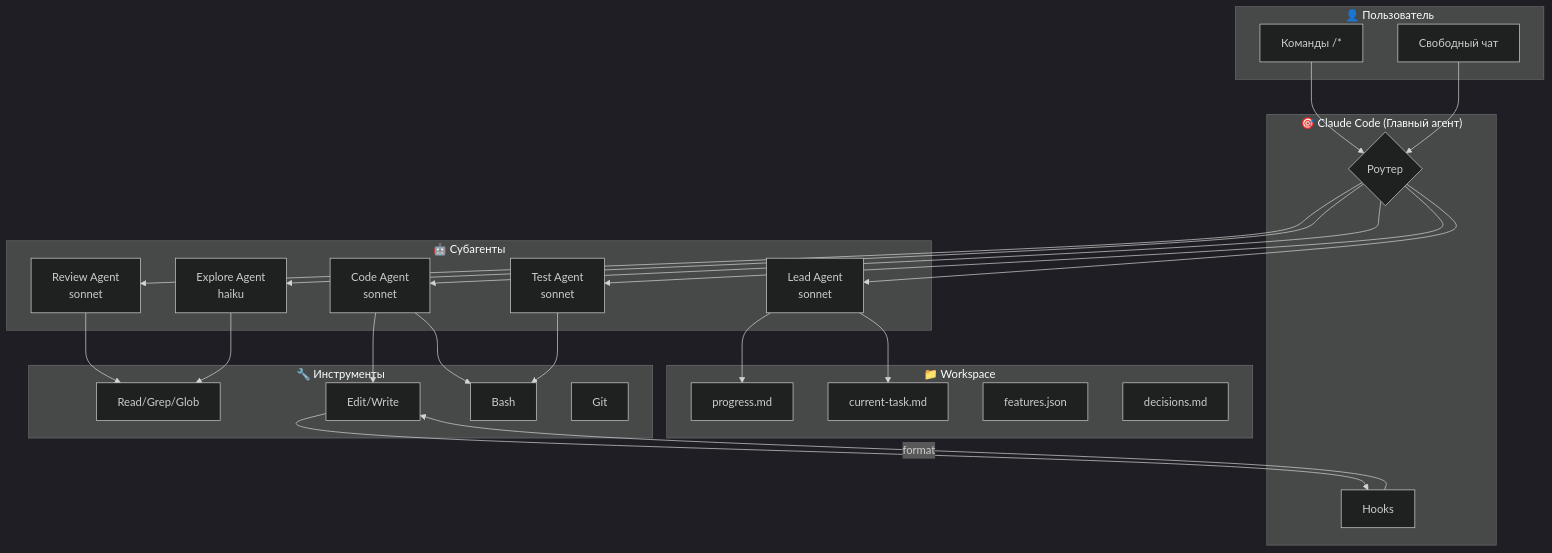
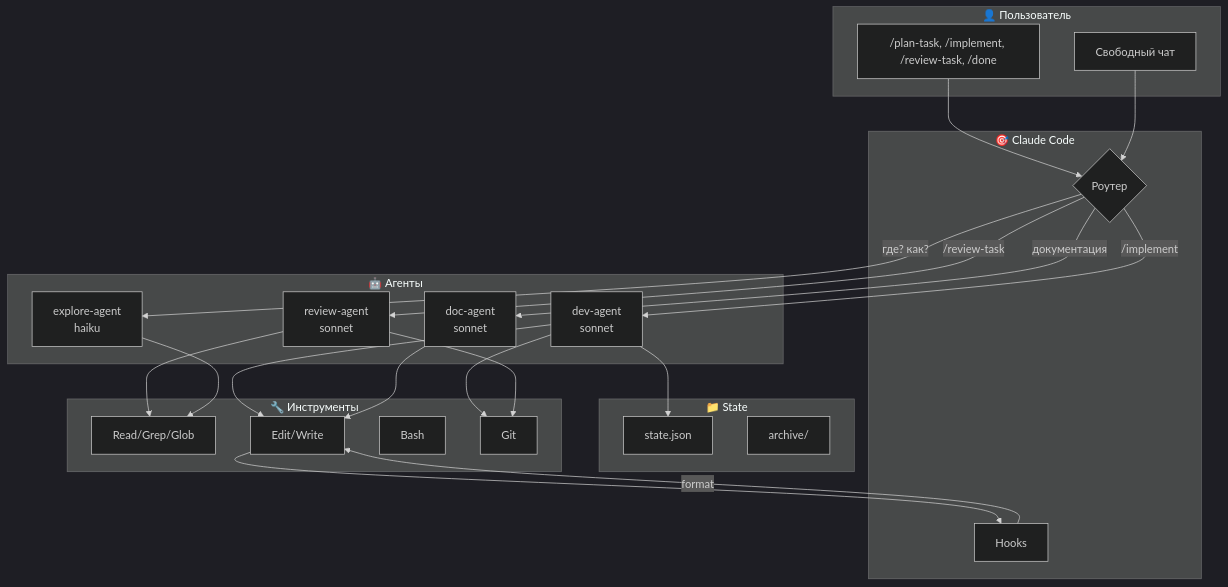
Before and after one commit to nikitaCodeSave/Claude-Code-Kit: the first of 9 diagrams in SCENARIOS.md, drawn with Mermaid (dark theme). The commit also changed other lines of this file and 32 other files, not shown here.

````diff
--- a/SCENARIOS.md
+++ b/SCENARIOS.md
@@ -9,54 +9,50 @@
 ```mermaid
 flowchart TB
     subgraph User["👤 Пользователь"]
-        CMD[Команды /*]
-        CHAT[Свободный чат]
+        CMD["/plan-task, /implement, /review-task, /done"]
+        CHAT["Свободный чат"]
     end
 
-    subgraph Orchestrator["🎯 Claude Code (Главный агент)"]
+    subgraph Orchestrator["🎯 Claude Code"]
         ROUTER{Роутер}
-        HOOKS[Hooks]
+        HOOKS["Hooks"]
     end
 
-    subgraph Agents["🤖 Субагенты"]
-        LEAD[Lead Agent<br/>sonnet]
-        CODE[Code Agent<br/>sonnet]
-        TEST[Test Agent<br/>sonnet]
-        REVIEW[Review Agent<br/>sonnet]
-        EXPLORE[Explore Agent<br/>haiku]
+    subgraph Agents["🤖 Агенты"]
+        DEV["dev-agent<br/>sonnet"]
+        REVIEW["review-agent<br/>sonnet"]
+        EXPLORE["explore-agent<br/>haiku"]
+        DOC["doc-agent<br/>sonnet"]
     end
 
-    subgraph Workspace["📁 Workspace"]
-        PROGRESS[progress.md]
-        CURRENT[current-task.md]
-        FEATURES[features.json]
-        DECISIONS[decisions.md]
+    subgraph State["📁 State"]
+        JSON["state.json"]
+        ARCHIVE["archive/"]
     end
 
     subgraph Tools["🔧 Инструменты"]
-        READ[Read/Grep/Glob]
-        EDIT[Edit/Write]
-        BASH[Bash]
-        GIT[Git]
+        READ["Read/Grep/Glob"]
+        EDIT["Edit/Write"]
+        BASH["Bash"]
+        GIT["Git"]
     end
 
     CMD --> ROUTER
     CHAT --> ROUTER
-    
-    ROUTER --> LEAD
-    ROUTER --> CODE
-    ROUTER --> TEST
-    ROUTER --> REVIEW
-    ROUTER --> EXPLORE
-    
-    LEAD --> PROGRESS
-    LEAD --> CURRENT
-    CODE --> EDIT
-    CODE --> BASH
-    TEST --> BASH
+
+    ROUTER -->|/implement| DEV
+    ROUTER -->|/review-task| REVIEW
+    ROUTER -->|"где? как?"| EXPLORE
+    ROUTER -->|документация| DOC
+
+    DEV --> JSON
+    DEV --> EDIT
+    DEV --> GIT
     REVIEW --> READ
+    REVIEW --> GIT
     EXPLORE --> READ
-    
+    DOC --> EDIT
+
     EDIT --> HOOKS
-    HOOKS --> |format| EDIT
+    HOOKS -->|format| EDIT
 ```
````
